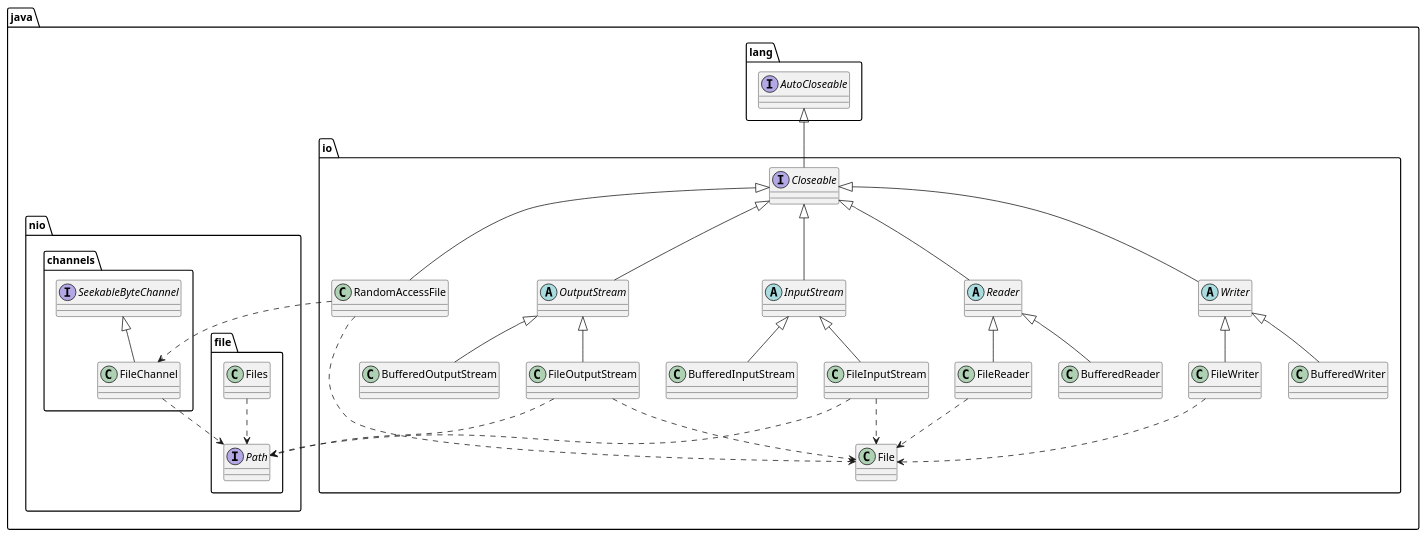
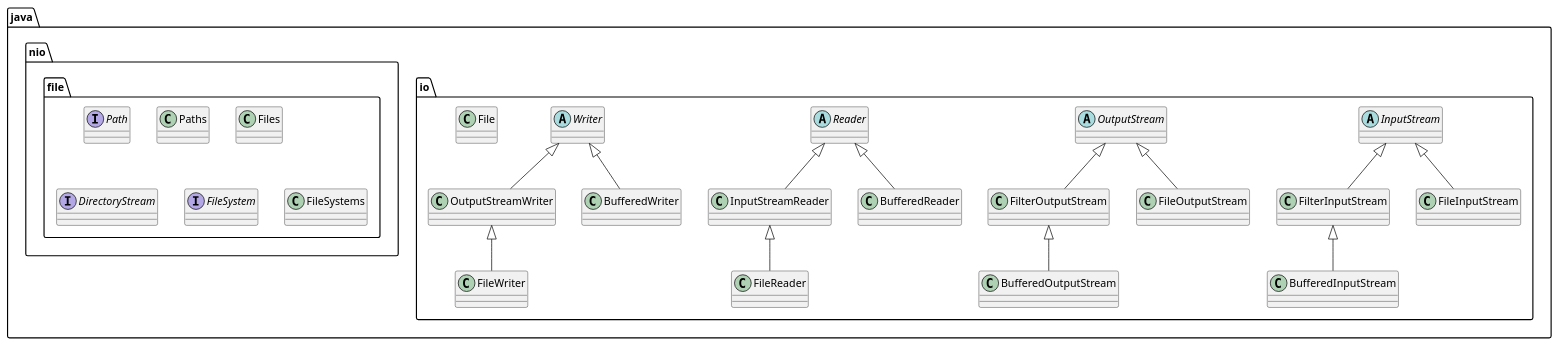
One commit to caioamorim7/poo changed the diagram in lectures/examples/12-file/doc/file.plantuml. Above: the diagram before and after it, drawn with PlantUML. The commit also changed 10 other files, not shown here.

```diff
--- a/lectures/examples/12-file/doc/file.plantuml
+++ b/lectures/examples/12-file/doc/file.plantuml
@@ -1,65 +1,36 @@
 @startuml
 skinparam classAttributeIconSize 0
 
-package "java.lang" {
-    interface AutoCloseable
-}
 
 package "java.io" {
-    interface Closeable
 
     abstract class InputStream
     abstract class OutputStream
     abstract class Reader
     abstract class Writer
 
+    class FilterInputStream extends InputStream
+    class FilterOutputStream extends OutputStream
+    class InputStreamReader extends Reader
+    class OutputStreamWriter extends Writer
     class File
-    class FileInputStream
-    class FileOutputStream
-    class FileReader
-    class FileWriter
-    class BufferedInputStream
-    class BufferedOutputStream
-    class BufferedReader
-    class BufferedWriter
-    class RandomAccessFile
+    class FileInputStream extends InputStream
+    class FileOutputStream extends OutputStream
+    class FileReader extends InputStreamReader
+    class FileWriter extends OutputStreamWriter
+    class BufferedInputStream extends FilterInputStream
+    class BufferedOutputStream extends FilterOutputStream
+    class BufferedReader extends Reader
+    class BufferedWriter extends Writer
 }
 
 package "java.nio.file" {
     interface Path
+    class Paths
     class Files
+    interface DirectoryStream
+    interface FileSystem
+    class FileSystems
 }
 
-package "java.nio.channels" {
-    interface SeekableByteChannel
-    class FileChannel
-}
-
-AutoCloseable <|-- Closeable
-Closeable <|-- InputStream
-Closeable <|-- OutputStream
-Closeable <|-- Reader
-Closeable <|-- Writer
-Closeable <|-- RandomAccessFile
-
-InputStream <|-- FileInputStream
-InputStream <|-- BufferedInputStream
-OutputStream <|-- FileOutputStream
-OutputStream <|-- BufferedOutputStream
-Reader <|-- FileReader
-Reader <|-- BufferedReader
-Writer <|-- FileWriter
-Writer <|-- BufferedWriter
-SeekableByteChannel <|-- FileChannel
-
-FileInputStream ..> File
-FileOutputStream ..> File
-FileReader ..> File
-FileWriter ..> File
-RandomAccessFile ..> File
-RandomAccessFile ..> FileChannel
-Files ..> Path
-FileInputStream ..> Path
-FileOutputStream ..> Path
-FileChannel ..> Path
 @enduml
```
